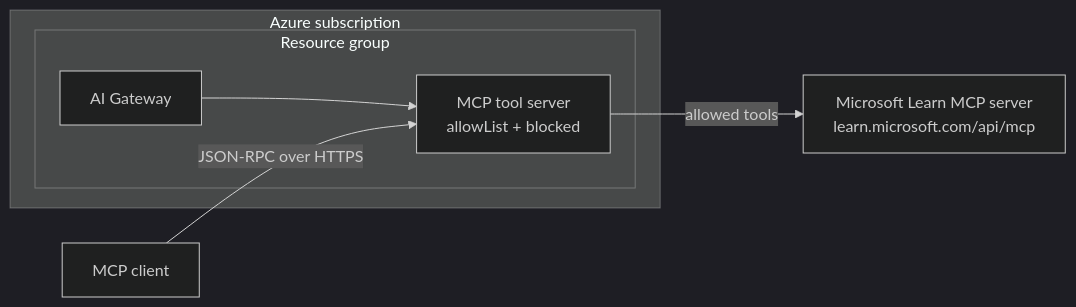
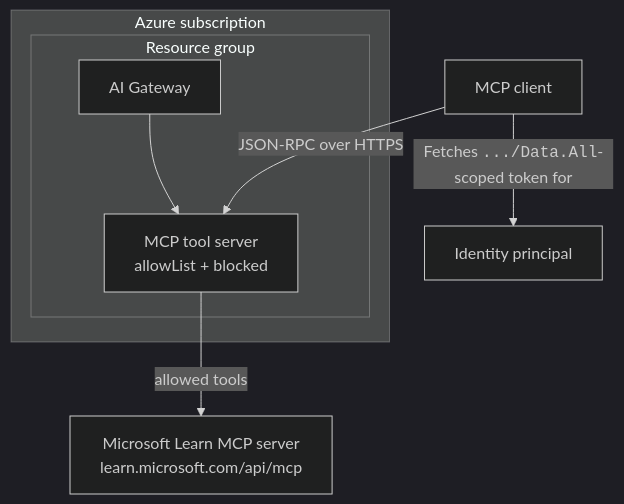
Before and after one commit to kkgthb/az-apim-mcp-gateway-01: the diagram in README.md, drawn with Mermaid (dark theme).

Commit message:
Fixed graph

````diff
--- a/README.md
+++ b/README.md
@@ -20,14 +20,16 @@
 ```mermaid
-flowchart LR
+flowchart TD
    client["MCP client"]
+   principal["Identity principal"]
    subgraph azure["Azure subscription"]
       subgraph rg["Resource group"]
          gateway["AI Gateway"]
          server["MCP tool server<br/>allowList + blocked"]
          gateway --> server
       end
    end
    learn["Microsoft Learn MCP server<br/>learn.microsoft.com/api/mcp"]
+   client -->|"Fetches <code>.../Data.All</code>-scoped token for"| principal
    client -->|"JSON-RPC over HTTPS"| server
    server -->|"allowed tools"| learn
 ```
````
